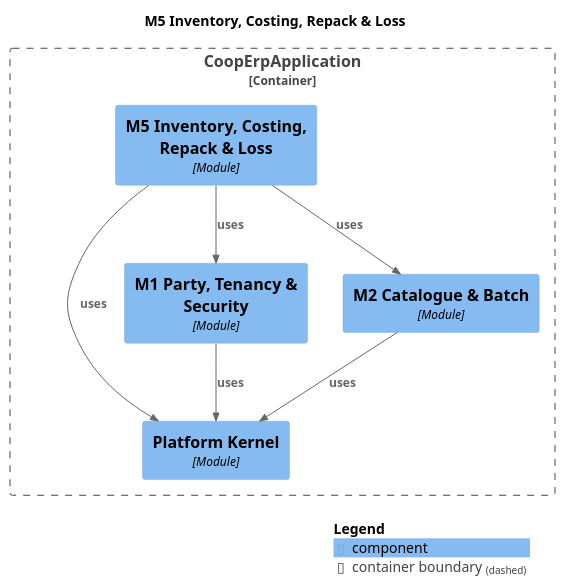
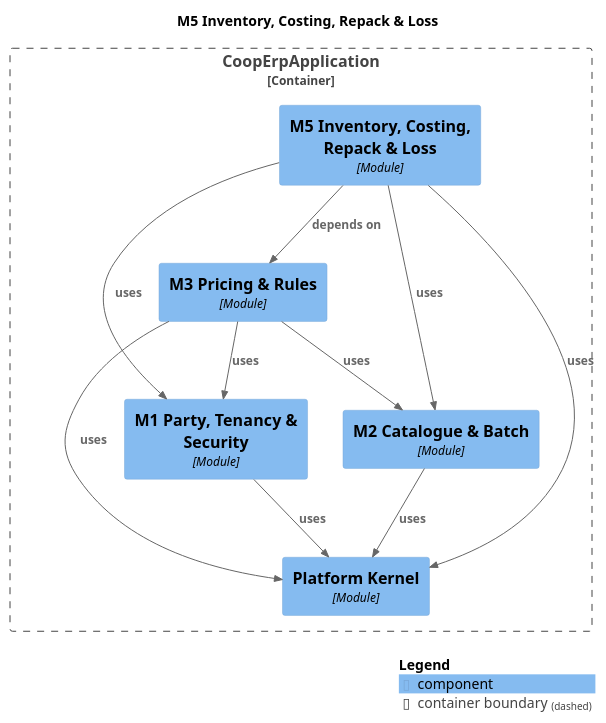
Before and after one commit to Knoweb/COOP_ERP: the diagram in docs/modules/module-m5inventory.puml, drawn with PlantUML. The commit also changed 73 other files, not shown here.

```diff
--- a/docs/modules/module-m5inventory.puml
+++ b/docs/modules/module-m5inventory.puml
@@ -1,25 +1,30 @@
 @startuml
 set separator none
 title M5 Inventory, Costing, Repack & Loss
 
 top to bottom direction
 
 !include <C4/C4>
 !include <C4/C4_Context>
 !include <C4/C4_Component>
 
 Container_Boundary("CoopErpApplication.CoopErpApplication_boundary", "CoopErpApplication", $tags="") {
+  Component(CoopErpApplication.CoopErpApplication.M3PricingRules, "M3 Pricing & Rules", $techn="Module", $descr="", $tags="", $link="")
   Component(CoopErpApplication.CoopErpApplication.M5InventoryCostingRepackLoss, "M5 Inventory, Costing, Repack & Loss", $techn="Module", $descr="", $tags="", $link="")
   Component(CoopErpApplication.CoopErpApplication.PlatformKernel, "Platform Kernel", $techn="Module", $descr="", $tags="", $link="")
   Component(CoopErpApplication.CoopErpApplication.M1PartyTenancySecurity, "M1 Party, Tenancy & Security", $techn="Module", $descr="", $tags="", $link="")
   Component(CoopErpApplication.CoopErpApplication.M2CatalogueBatch, "M2 Catalogue & Batch", $techn="Module", $descr="", $tags="", $link="")
 }
 
 Rel(CoopErpApplication.CoopErpApplication.M1PartyTenancySecurity, CoopErpApplication.CoopErpApplication.PlatformKernel, "uses", $techn="", $tags="", $link="")
 Rel(CoopErpApplication.CoopErpApplication.M2CatalogueBatch, CoopErpApplication.CoopErpApplication.PlatformKernel, "uses", $techn="", $tags="", $link="")
+Rel(CoopErpApplication.CoopErpApplication.M3PricingRules, CoopErpApplication.CoopErpApplication.M1PartyTenancySecurity, "uses", $techn="", $tags="", $link="")
+Rel(CoopErpApplication.CoopErpApplication.M3PricingRules, CoopErpApplication.CoopErpApplication.M2CatalogueBatch, "uses", $techn="", $tags="", $link="")
+Rel(CoopErpApplication.CoopErpApplication.M3PricingRules, CoopErpApplication.CoopErpApplication.PlatformKernel, "uses", $techn="", $tags="", $link="")
 Rel(CoopErpApplication.CoopErpApplication.M5InventoryCostingRepackLoss, CoopErpApplication.CoopErpApplication.M1PartyTenancySecurity, "uses", $techn="", $tags="", $link="")
 Rel(CoopErpApplication.CoopErpApplication.M5InventoryCostingRepackLoss, CoopErpApplication.CoopErpApplication.M2CatalogueBatch, "uses", $techn="", $tags="", $link="")
+Rel(CoopErpApplication.CoopErpApplication.M5InventoryCostingRepackLoss, CoopErpApplication.CoopErpApplication.M3PricingRules, "depends on", $techn="", $tags="", $link="")
 Rel(CoopErpApplication.CoopErpApplication.M5InventoryCostingRepackLoss, CoopErpApplication.CoopErpApplication.PlatformKernel, "uses", $techn="", $tags="", $link="")
 
 SHOW_LEGEND(true)
 @enduml
```
